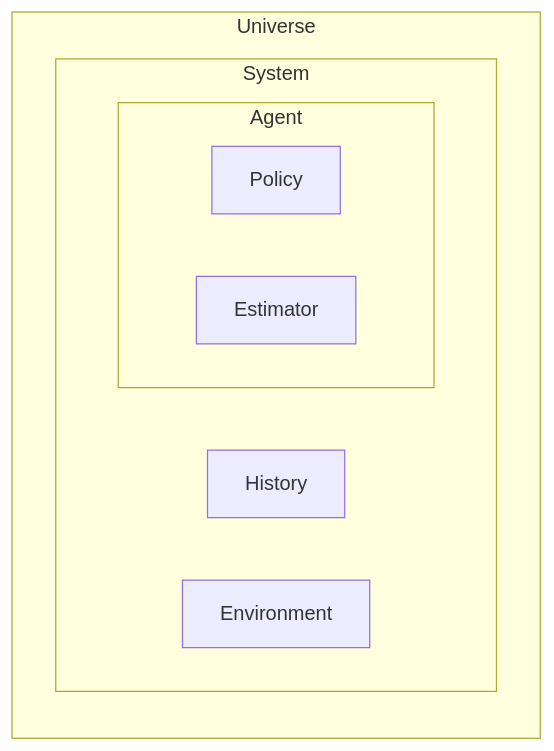
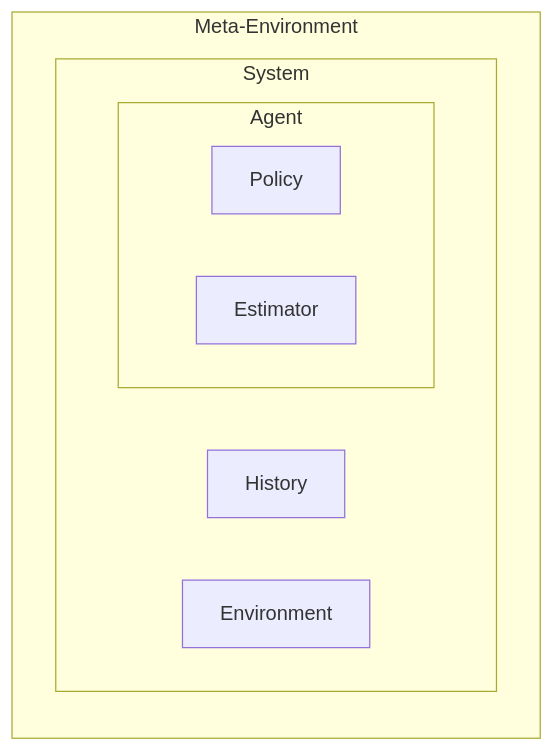
The second of 2 diagrams in README.org (tatsujit/bandit-julia1), drawn with Mermaid before and after one commit.

```diff
--- a/README.org
+++ b/README.org
@@ -100,13 +100,13 @@
 #+begin_src mermaid
 flowchart LR
-    subgraph Universe
+    subgraph Meta-Environment
         subgraph System
                  subgraph Agent
                           Policy
                           Estimator
                  end
                  History
                  Environment
         end
     end
 #+end_src
```
